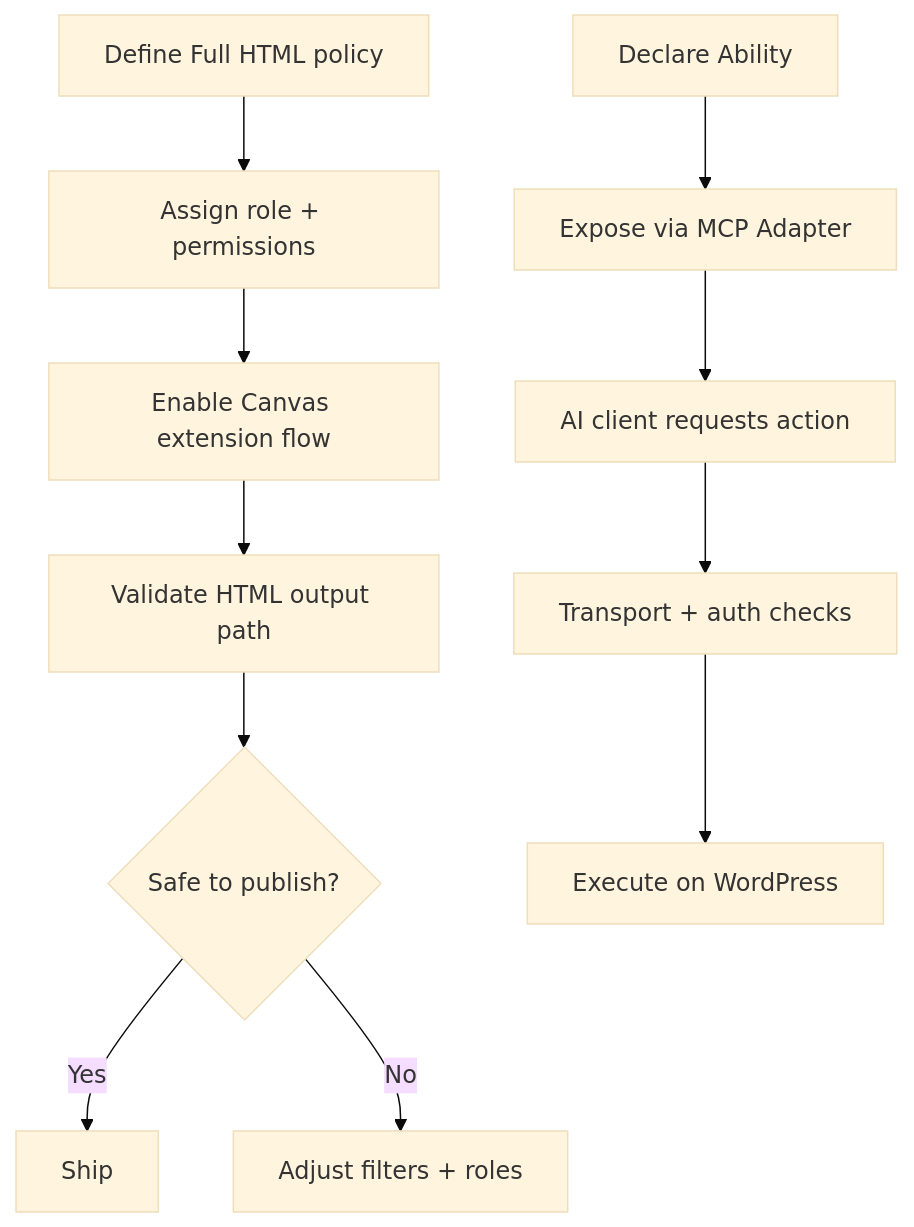
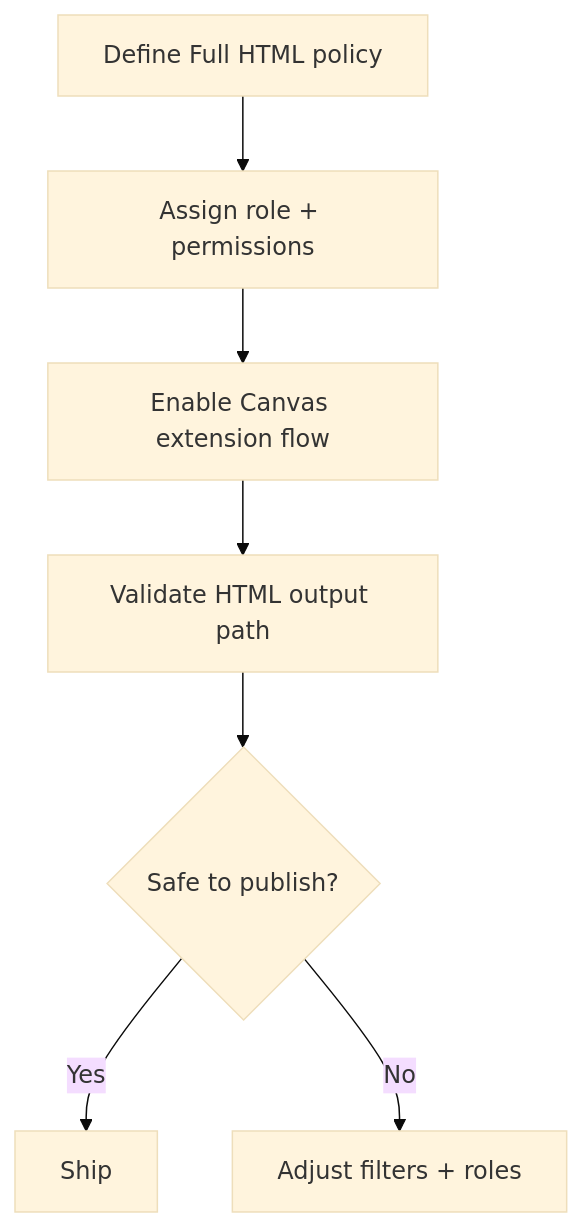
The diagram in blog/2026-02-05-0632-devlog.md (victorstack-ai/agent-blog), drawn with Mermaid (base theme) before and after one commit. The commit also changed other lines of this file and 1 other file, not shown here.

Commit message:
split: one topic per post — 0632 Drupal Canvas only, 0645 WordPress MCP only

````diff
--- a/blog/2026-02-05-0632-devlog.md
+++ b/blog/2026-02-05-0632-devlog.md
@@ -26,14 +26,9 @@
 ```mermaid
 graph TD;
   A[Define Full HTML policy] --> B[Assign role + permissions];
   B --> C[Enable Canvas extension flow];
   C --> D[Validate HTML output path];
   D --> E{Safe to publish?};
   E -- Yes --> F[Ship];
   E -- No --> G[Adjust filters + roles];
-
-  H[Declare Ability] --> I[Expose via MCP Adapter];
-  I --> J[AI client requests action];
-  J --> K[Transport + auth checks];
-  K --> L[Execute on WordPress];
 ```
````
